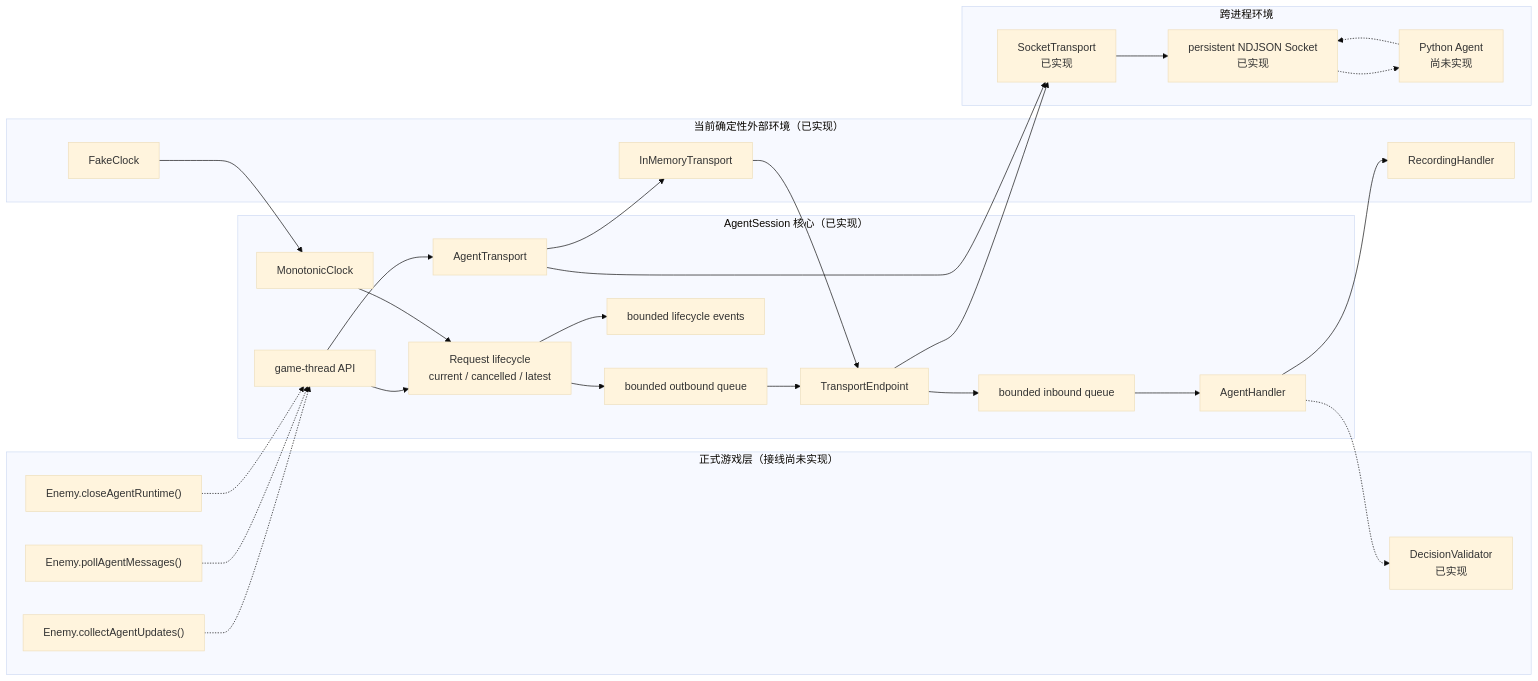
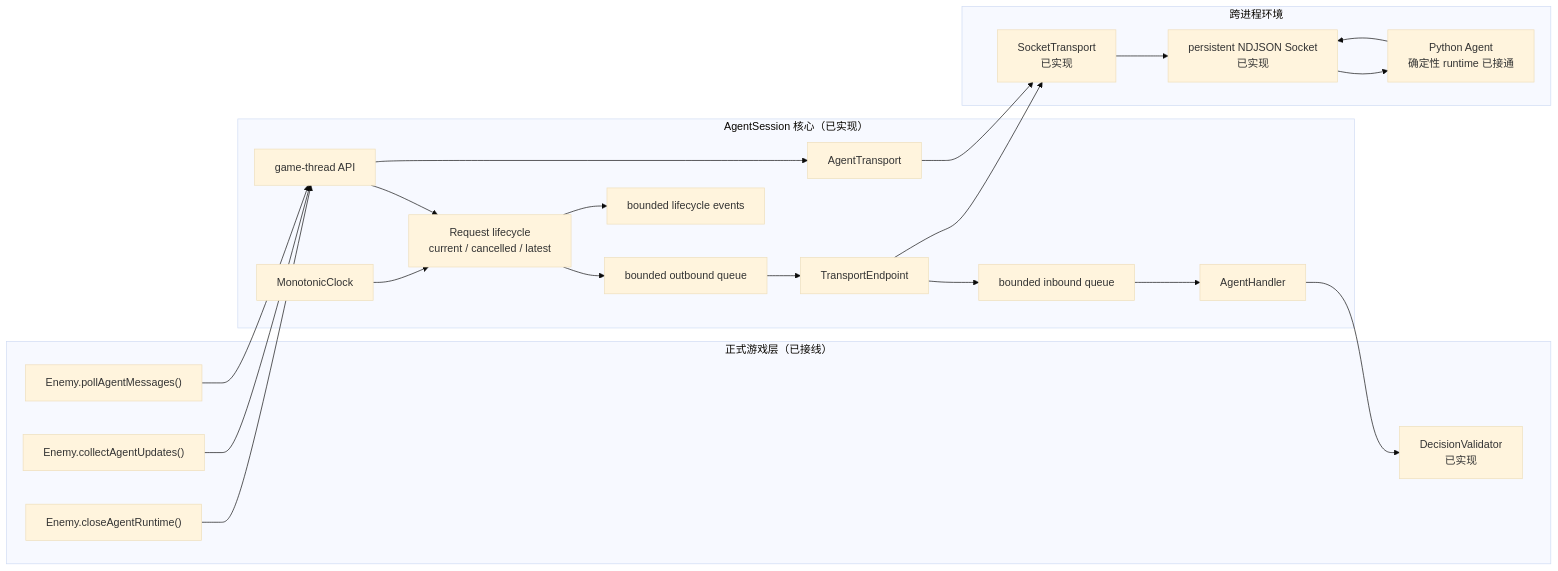
Before and after one commit to ericdonno/cs61b-std: the second of 12 diagrams in proj2/session.md, drawn with Mermaid (base theme). The commit also changed other lines of this file and 30 other files, not shown here.

Commit message:
Refactor DungeonMind architecture and remove legacy code

````diff
--- a/proj2/session.md
+++ b/proj2/session.md
@@ -103,58 +134,47 @@
 ```mermaid
 flowchart LR
-    subgraph GAME["正式游戏层（接线尚未实现）"]
+    subgraph GAME["正式游戏层（已接线）"]
         POLL["Enemy.pollAgentMessages()"]
         COLLECT["Enemy.collectAgentUpdates()"]
         CLOSE["Enemy.closeAgentRuntime()"]
         VALIDATOR["DecisionValidator<br/>已实现"]
     end
 
     subgraph CORE["AgentSession 核心（已实现）"]
         API["game-thread API"]
         REQUEST["Request lifecycle<br/>current / cancelled / latest"]
         OUT["bounded outbound queue"]
         IN["bounded inbound queue"]
         EVENTS["bounded lifecycle events"]
         CLOCK["MonotonicClock"]
         ENDPOINT["TransportEndpoint"]
         CONTROL["AgentTransport"]
         HANDLER["AgentHandler"]
 
         API --> REQUEST
         CLOCK --> REQUEST
         REQUEST --> OUT
         ENDPOINT --> IN
         IN --> HANDLER
         REQUEST --> EVENTS
         OUT --> ENDPOINT
         API --> CONTROL
     end
 
-    subgraph TEST["当前确定性外部环境（已实现）"]
-        FAKECLOCK["FakeClock"]
-        FAKETRANSPORT["InMemoryTransport"]
-        RECORD["RecordingHandler"]
-    end
-
     subgraph NETWORK["跨进程环境"]
         WORKER["SocketTransport<br/>已实现"]
         SOCKET["persistent NDJSON Socket<br/>已实现"]
-        PYTHON["Python Agent<br/>尚未实现"]
+        PYTHON["Python Agent<br/>确定性 runtime 已接通"]
     end
 
-    COLLECT -.-> API
-    POLL -.-> API
-    CLOSE -.-> API
-    HANDLER -.-> VALIDATOR
-
-    FAKECLOCK --> CLOCK
-    FAKETRANSPORT --> ENDPOINT
-    CONTROL --> FAKETRANSPORT
-    HANDLER --> RECORD
+    COLLECT --> API
+    POLL --> API
+    CLOSE --> API
+    HANDLER --> VALIDATOR
 
     ENDPOINT --> WORKER
     CONTROL --> WORKER
     WORKER --> SOCKET
-    SOCKET -.-> PYTHON
-    PYTHON -.-> SOCKET
+    SOCKET --> PYTHON
+    PYTHON --> SOCKET
 ```
````
